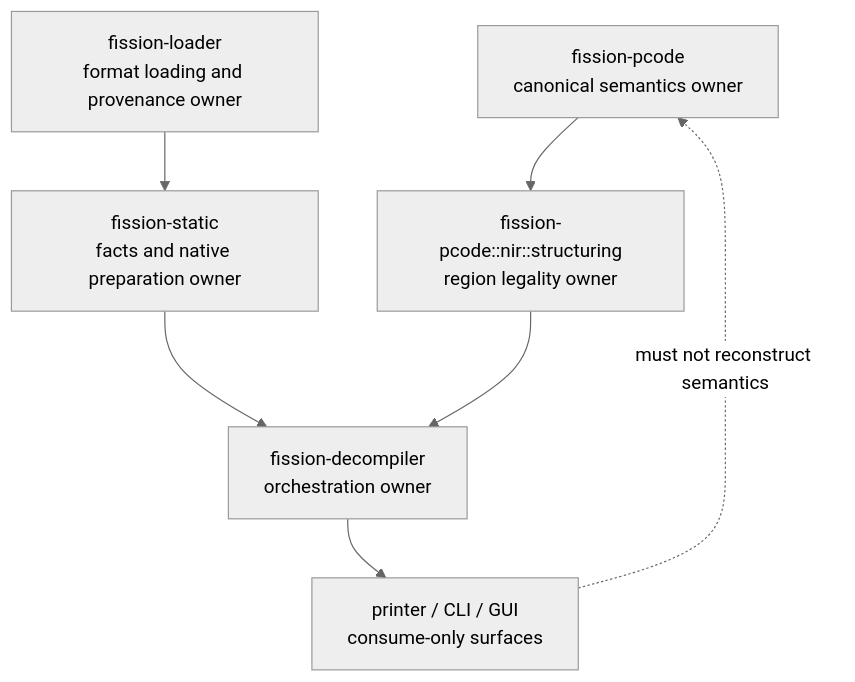
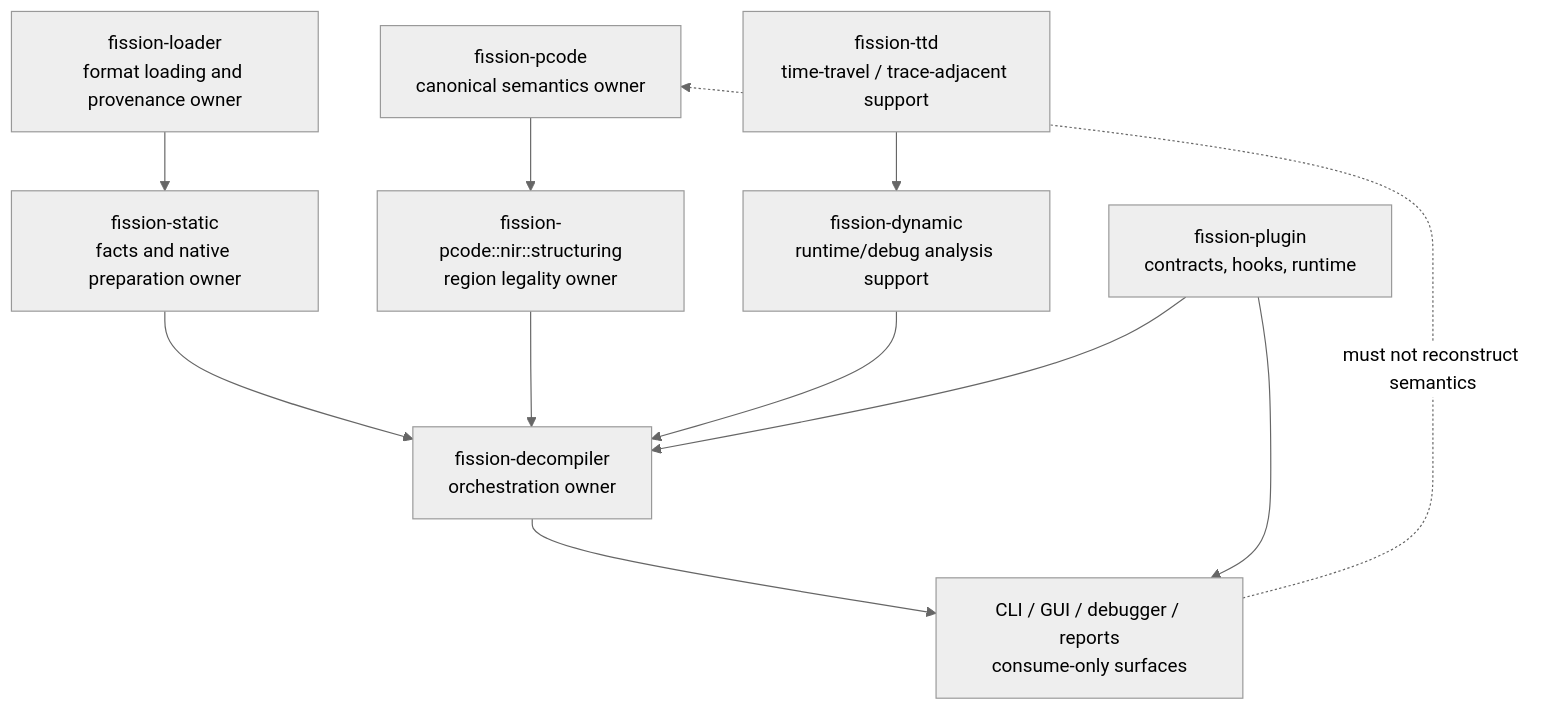
One commit to fission-systems/Fission changed the first of 5 diagrams in docs/architecture/DIAGRAMS.md. Above: the diagram before and after it, drawn with Mermaid (neutral theme). The commit also changed other lines of this file, not shown here.

Commit message:
docs(architecture): include dynamic ttd and plugin surfaces in diagrams

````diff
--- a/docs/architecture/DIAGRAMS.md
+++ b/docs/architecture/DIAGRAMS.md
@@ -7,17 +7,24 @@
 ```mermaid
 flowchart TD
     Pcode["fission-pcode<br/>canonical semantics owner"]
     Structuring["fission-pcode::nir::structuring<br/>region legality owner"]
     Decompiler["fission-decompiler<br/>orchestration owner"]
     Static["fission-static<br/>facts and native preparation owner"]
     Loader["fission-loader<br/>format loading and provenance owner"]
-    Printer["printer / CLI / GUI<br/>consume-only surfaces"]
+    Dynamic["fission-dynamic<br/>runtime/debug analysis support"]
+    TTD["fission-ttd<br/>time-travel / trace-adjacent support"]
+    Plugin["fission-plugin<br/>contracts, hooks, runtime"]
+    Surfaces["CLI / GUI / debugger / reports<br/>consume-only surfaces"]
 
     Loader --> Static
     Static --> Decompiler
     Pcode --> Structuring
     Structuring --> Decompiler
-    Decompiler --> Printer
+    Dynamic --> Decompiler
+    TTD --> Dynamic
+    Plugin --> Decompiler
+    Decompiler --> Surfaces
+    Plugin --> Surfaces
 
-    Printer -. "must not reconstruct semantics" .-> Pcode
+    Surfaces -. "must not reconstruct semantics" .-> Pcode
 ```
````
